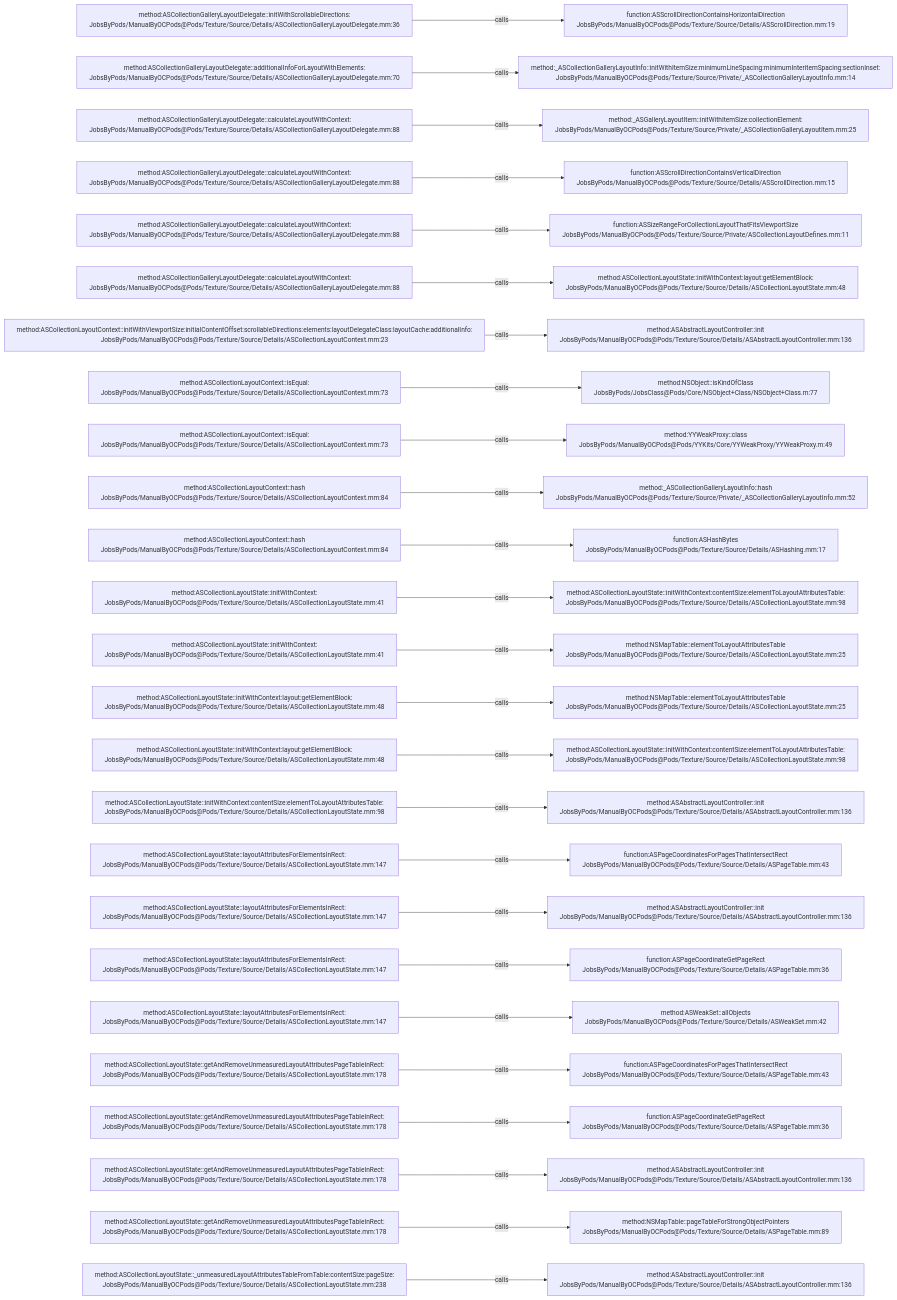
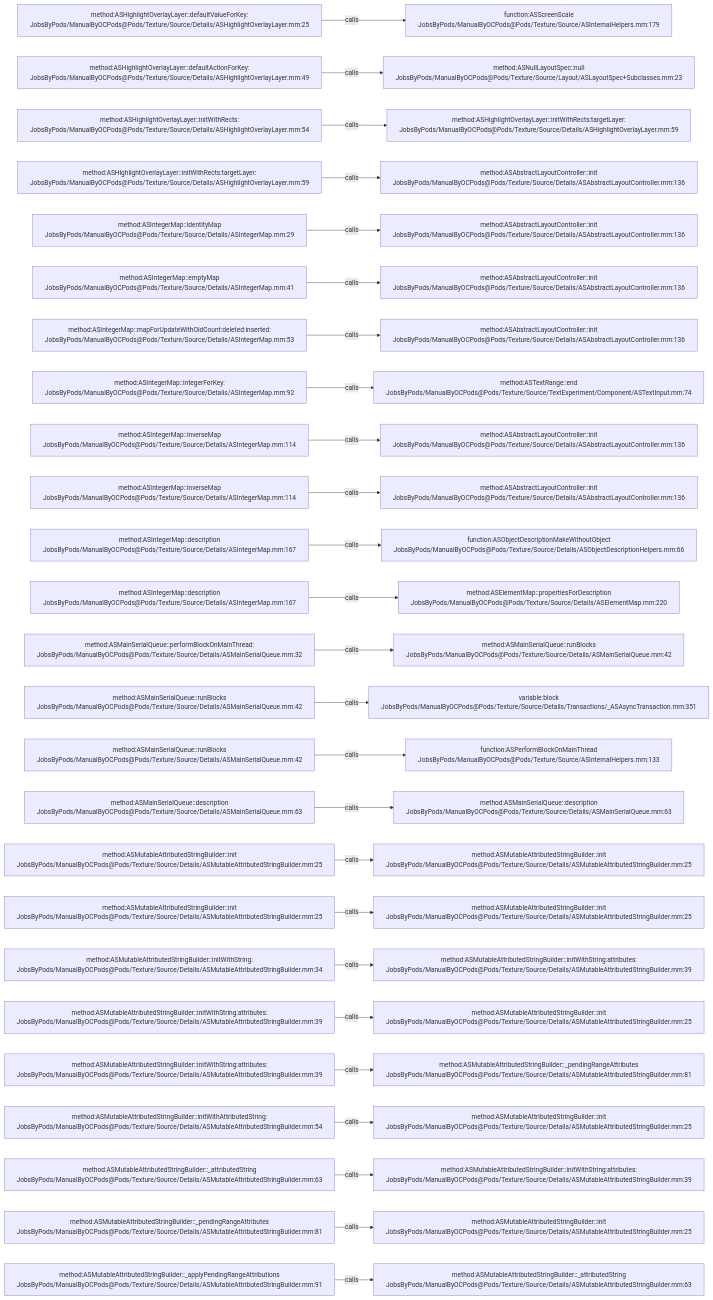
One commit to JobsKits/JobsOCBaseConfigDemo changed the diagram in .codegraph/codegraph.md/graphs/calls-160.md. Above: the diagram before and after it, drawn with Mermaid. The commit also changed 1223 other files, not shown here.

````diff
--- a/.codegraph/codegraph.md/graphs/calls-160.md
+++ b/.codegraph/codegraph.md/graphs/calls-160.md
@@ -13,78 +13,78 @@
 ```mermaid
 flowchart LR
-  S1["method:ASCollectionGalleryLayoutDelegate::initWithScrollableDirections:<br/>JobsByPods/ManualByOCPods@Pods/Texture/Source/Details/ASCollectionGalleryLayoutDelegate.mm:36"]
-  T1["function:ASScrollDirectionContainsHorizontalDirection<br/>JobsByPods/ManualByOCPods@Pods/Texture/Source/Details/ASScrollDirection.mm:19"]
+  S1["method:ASHighlightOverlayLayer::defaultValueForKey:<br/>JobsByPods/ManualByOCPods@Pods/Texture/Source/Details/ASHighlightOverlayLayer.mm:25"]
+  T1["function:ASScreenScale<br/>JobsByPods/ManualByOCPods@Pods/Texture/Source/ASInternalHelpers.mm:179"]
   S1 -->|calls| T1
-  S2["method:ASCollectionGalleryLayoutDelegate::additionalInfoForLayoutWithElements:<br/>JobsByPods/ManualByOCPods@Pods/Texture/Source/Details/ASCollectionGalleryLayoutDelegate.mm:70"]
-  T2["method:_ASCollectionGalleryLayoutInfo::initWithItemSize:minimumLineSpacing:minimumInteritemSpacing:sectionInset:<br/>JobsByPods/ManualByOCPods@Pods/Texture/Source/Private/_ASCollectionGalleryLayoutInfo.mm:14"]
+  S2["method:ASHighlightOverlayLayer::defaultActionForKey:<br/>JobsByPods/ManualByOCPods@Pods/Texture/Source/Details/ASHighlightOverlayLayer.mm:49"]
+  T2["method:ASNullLayoutSpec::null<br/>JobsByPods/ManualByOCPods@Pods/Texture/Source/Layout/ASLayoutSpec+Subclasses.mm:23"]
   S2 -->|calls| T2
-  S3["method:ASCollectionGalleryLayoutDelegate::calculateLayoutWithContext:<br/>JobsByPods/ManualByOCPods@Pods/Texture/Source/Details/ASCollectionGalleryLayoutDelegate.mm:88"]
-  T3["method:_ASGalleryLayoutItem::initWithItemSize:collectionElement:<br/>JobsByPods/ManualByOCPods@Pods/Texture/Source/Private/_ASCollectionGalleryLayoutItem.mm:25"]
+  S3["method:ASHighlightOverlayLayer::initWithRects:<br/>JobsByPods/ManualByOCPods@Pods/Texture/Source/Details/ASHighlightOverlayLayer.mm:54"]
+  T3["method:ASHighlightOverlayLayer::initWithRects:targetLayer:<br/>JobsByPods/ManualByOCPods@Pods/Texture/Source/Details/ASHighlightOverlayLayer.mm:59"]
   S3 -->|calls| T3
-  S4["method:ASCollectionGalleryLayoutDelegate::calculateLayoutWithContext:<br/>JobsByPods/ManualByOCPods@Pods/Texture/Source/Details/ASCollectionGalleryLayoutDelegate.mm:88"]
-  T4["function:ASScrollDirectionContainsVerticalDirection<br/>JobsByPods/ManualByOCPods@Pods/Texture/Source/Details/ASScrollDirection.mm:15"]
+  S4["method:ASHighlightOverlayLayer::initWithRects:targetLayer:<br/>JobsByPods/ManualByOCPods@Pods/Texture/Source/Details/ASHighlightOverlayLayer.mm:59"]
+  T4["method:ASAbstractLayoutController::init<br/>JobsByPods/ManualByOCPods@Pods/Texture/Source/Details/ASAbstractLayoutController.mm:136"]
   S4 -->|calls| T4
-  S5["method:ASCollectionGalleryLayoutDelegate::calculateLayoutWithContext:<br/>JobsByPods/ManualByOCPods@Pods/Texture/Source/Details/ASCollectionGalleryLayoutDelegate.mm:88"]
-  T5["function:ASSizeRangeForCollectionLayoutThatFitsViewportSize<br/>JobsByPods/ManualByOCPods@Pods/Texture/Source/Private/ASCollectionLayoutDefines.mm:11"]
+  S5["method:ASIntegerMap::identityMap<br/>JobsByPods/ManualByOCPods@Pods/Texture/Source/Details/ASIntegerMap.mm:29"]
+  T5["method:ASAbstractLayoutController::init<br/>JobsByPods/ManualByOCPods@Pods/Texture/Source/Details/ASAbstractLayoutController.mm:136"]
   S5 -->|calls| T5
-  S6["method:ASCollectionGalleryLayoutDelegate::calculateLayoutWithContext:<br/>JobsByPods/ManualByOCPods@Pods/Texture/Source/Details/ASCollectionGalleryLayoutDelegate.mm:88"]
-  T6["method:ASCollectionLayoutState::initWithContext:layout:getElementBlock:<br/>JobsByPods/ManualByOCPods@Pods/Texture/Source/Details/ASCollectionLayoutState.mm:48"]
+  S6["method:ASIntegerMap::emptyMap<br/>JobsByPods/ManualByOCPods@Pods/Texture/Source/Details/ASIntegerMap.mm:41"]
+  T6["method:ASAbstractLayoutController::init<br/>JobsByPods/ManualByOCPods@Pods/Texture/Source/Details/ASAbstractLayoutController.mm:136"]
   S6 -->|calls| T6
-  S7["method:ASCollectionLayoutContext::initWithViewportSize:initialContentOffset:scrollableDirections:elements:layoutDelegateClass:layoutCache:additionalInfo:<br/>JobsByPods/ManualByOCPods@Pods/Texture/Source/Details/ASCollectionLayoutContext.mm:23"]
+  S7["method:ASIntegerMap::mapForUpdateWithOldCount:deleted:inserted:<br/>JobsByPods/ManualByOCPods@Pods/Texture/Source/Details/ASIntegerMap.mm:53"]
   T7["method:ASAbstractLayoutController::init<br/>JobsByPods/ManualByOCPods@Pods/Texture/Source/Details/ASAbstractLayoutController.mm:136"]
   S7 -->|calls| T7
-  S8["method:ASCollectionLayoutContext::isEqual:<br/>JobsByPods/ManualByOCPods@Pods/Texture/Source/Details/ASCollectionLayoutContext.mm:73"]
-  T8["method:NSObject::isKindOfClass<br/>JobsByPods/JobsClass@Pods/Core/NSObject+Class/NSObject+Class.m:77"]
+  S8["method:ASIntegerMap::integerForKey:<br/>JobsByPods/ManualByOCPods@Pods/Texture/Source/Details/ASIntegerMap.mm:92"]
+  T8["method:ASTextRange::end<br/>JobsByPods/ManualByOCPods@Pods/Texture/Source/TextExperiment/Component/ASTextInput.mm:74"]
   S8 -->|calls| T8
-  S9["method:ASCollectionLayoutContext::isEqual:<br/>JobsByPods/ManualByOCPods@Pods/Texture/Source/Details/ASCollectionLayoutContext.mm:73"]
-  T9["method:YYWeakProxy::class<br/>JobsByPods/ManualByOCPods@Pods/YYKits/Core/YYWeakProxy/YYWeakProxy.m:49"]
+  S9["method:ASIntegerMap::inverseMap<br/>JobsByPods/ManualByOCPods@Pods/Texture/Source/Details/ASIntegerMap.mm:114"]
+  T9["method:ASAbstractLayoutController::init<br/>JobsByPods/ManualByOCPods@Pods/Texture/Source/Details/ASAbstractLayoutController.mm:136"]
   S9 -->|calls| T9
-  S10["method:ASCollectionLayoutContext::hash<br/>JobsByPods/ManualByOCPods@Pods/Texture/Source/Details/ASCollectionLayoutContext.mm:84"]
-  T10["method:_ASCollectionGalleryLayoutInfo::hash<br/>JobsByPods/ManualByOCPods@Pods/Texture/Source/Private/_ASCollectionGalleryLayoutInfo.mm:52"]
+  S10["method:ASIntegerMap::inverseMap<br/>JobsByPods/ManualByOCPods@Pods/Texture/Source/Details/ASIntegerMap.mm:114"]
+  T10["method:ASAbstractLayoutController::init<br/>JobsByPods/ManualByOCPods@Pods/Texture/Source/Details/ASAbstractLayoutController.mm:136"]
   S10 -->|calls| T10
-  S11["method:ASCollectionLayoutContext::hash<br/>JobsByPods/ManualByOCPods@Pods/Texture/Source/Details/ASCollectionLayoutContext.mm:84"]
-  T11["function:ASHashBytes<br/>JobsByPods/ManualByOCPods@Pods/Texture/Source/Details/ASHashing.mm:17"]
+  S11["method:ASIntegerMap::description<br/>JobsByPods/ManualByOCPods@Pods/Texture/Source/Details/ASIntegerMap.mm:167"]
+  T11["function:ASObjectDescriptionMakeWithoutObject<br/>JobsByPods/ManualByOCPods@Pods/Texture/Source/Details/ASObjectDescriptionHelpers.mm:66"]
   S11 -->|calls| T11
-  S12["method:ASCollectionLayoutState::initWithContext:<br/>JobsByPods/ManualByOCPods@Pods/Texture/Source/Details/ASCollectionLayoutState.mm:41"]
-  T12["method:ASCollectionLayoutState::initWithContext:contentSize:elementToLayoutAttributesTable:<br/>JobsByPods/ManualByOCPods@Pods/Texture/Source/Details/ASCollectionLayoutState.mm:98"]
+  S12["method:ASIntegerMap::description<br/>JobsByPods/ManualByOCPods@Pods/Texture/Source/Details/ASIntegerMap.mm:167"]
+  T12["method:ASElementMap::propertiesForDescription<br/>JobsByPods/ManualByOCPods@Pods/Texture/Source/Details/ASElementMap.mm:220"]
   S12 -->|calls| T12
-  S13["method:ASCollectionLayoutState::initWithContext:<br/>JobsByPods/ManualByOCPods@Pods/Texture/Source/Details/ASCollectionLayoutState.mm:41"]
-  T13["method:NSMapTable::elementToLayoutAttributesTable<br/>JobsByPods/ManualByOCPods@Pods/Texture/Source/Details/ASCollectionLayoutState.mm:25"]
+  S13["method:ASMainSerialQueue::performBlockOnMainThread:<br/>JobsByPods/ManualByOCPods@Pods/Texture/Source/Details/ASMainSerialQueue.mm:32"]
+  T13["method:ASMainSerialQueue::runBlocks<br/>JobsByPods/ManualByOCPods@Pods/Texture/Source/Details/ASMainSerialQueue.mm:42"]
   S13 -->|calls| T13
-  S14["method:ASCollectionLayoutState::initWithContext:layout:getElementBlock:<br/>JobsByPods/ManualByOCPods@Pods/Texture/Source/Details/ASCollectionLayoutState.mm:48"]
-  T14["method:NSMapTable::elementToLayoutAttributesTable<br/>JobsByPods/ManualByOCPods@Pods/Texture/Source/Details/ASCollectionLayoutState.mm:25"]
+  S14["method:ASMainSerialQueue::runBlocks<br/>JobsByPods/ManualByOCPods@Pods/Texture/Source/Details/ASMainSerialQueue.mm:42"]
+  T14["variable:block<br/>JobsByPods/ManualByOCPods@Pods/Texture/Source/Details/Transactions/_ASAsyncTransaction.mm:351"]
   S14 -->|calls| T14
-  S15["method:ASCollectionLayoutState::initWithContext:layout:getElementBlock:<br/>JobsByPods/ManualByOCPods@Pods/Texture/Source/Details/ASCollectionLayoutState.mm:48"]
-  T15["method:ASCollectionLayoutState::initWithContext:contentSize:elementToLayoutAttributesTable:<br/>JobsByPods/ManualByOCPods@Pods/Texture/Source/Details/ASCollectionLayoutState.mm:98"]
+  S15["method:ASMainSerialQueue::runBlocks<br/>JobsByPods/ManualByOCPods@Pods/Texture/Source/Details/ASMainSerialQueue.mm:42"]
+  T15["function:ASPerformBlockOnMainThread<br/>JobsByPods/ManualByOCPods@Pods/Texture/Source/ASInternalHelpers.mm:133"]
   S15 -->|calls| T15
-  S16["method:ASCollectionLayoutState::initWithContext:contentSize:elementToLayoutAttributesTable:<br/>JobsByPods/ManualByOCPods@Pods/Texture/Source/Details/ASCollectionLayoutState.mm:98"]
-  T16["method:ASAbstractLayoutController::init<br/>JobsByPods/ManualByOCPods@Pods/Texture/Source/Details/ASAbstractLayoutController.mm:136"]
+  S16["method:ASMainSerialQueue::description<br/>JobsByPods/ManualByOCPods@Pods/Texture/Source/Details/ASMainSerialQueue.mm:63"]
+  T16["method:ASMainSerialQueue::description<br/>JobsByPods/ManualByOCPods@Pods/Texture/Source/Details/ASMainSerialQueue.mm:63"]
   S16 -->|calls| T16
-  S17["method:ASCollectionLayoutState::layoutAttributesForElementsInRect:<br/>JobsByPods/ManualByOCPods@Pods/Texture/Source/Details/ASCollectionLayoutState.mm:147"]
-  T17["function:ASPageCoordinatesForPagesThatIntersectRect<br/>JobsByPods/ManualByOCPods@Pods/Texture/Source/Details/ASPageTable.mm:43"]
+  S17["method:ASMutableAttributedStringBuilder::init<br/>JobsByPods/ManualByOCPods@Pods/Texture/Source/Details/ASMutableAttributedStringBuilder.mm:25"]
+  T17["method:ASMutableAttributedStringBuilder::init<br/>JobsByPods/ManualByOCPods@Pods/Texture/Source/Details/ASMutableAttributedStringBuilder.mm:25"]
   S17 -->|calls| T17
-  S18["method:ASCollectionLayoutState::layoutAttributesForElementsInRect:<br/>JobsByPods/ManualByOCPods@Pods/Texture/Source/Details/ASCollectionLayoutState.mm:147"]
-  T18["method:ASAbstractLayoutController::init<br/>JobsByPods/ManualByOCPods@Pods/Texture/Source/Details/ASAbstractLayoutController.mm:136"]
+  S18["method:ASMutableAttributedStringBuilder::init<br/>JobsByPods/ManualByOCPods@Pods/Texture/Source/Details/ASMutableAttributedStringBuilder.mm:25"]
+  T18["method:ASMutableAttributedStringBuilder::init<br/>JobsByPods/ManualByOCPods@Pods/Texture/Source/Details/ASMutableAttributedStringBuilder.mm:25"]
   S18 -->|calls| T18
-  S19["method:ASCollectionLayoutState::layoutAttributesForElementsInRect:<br/>JobsByPods/ManualByOCPods@Pods/Texture/Source/Details/ASCollectionLayoutState.mm:147"]
-  T19["function:ASPageCoordinateGetPageRect<br/>JobsByPods/ManualByOCPods@Pods/Texture/Source/Details/ASPageTable.mm:36"]
+  S19["method:ASMutableAttributedStringBuilder::initWithString:<br/>JobsByPods/ManualByOCPods@Pods/Texture/Source/Details/ASMutableAttributedStringBuilder.mm:34"]
+  T19["method:ASMutableAttributedStringBuilder::initWithString:attributes:<br/>JobsByPods/ManualByOCPods@Pods/Texture/Source/Details/ASMutableAttributedStringBuilder.mm:39"]
   S19 -->|calls| T19
-  S20["method:ASCollectionLayoutState::layoutAttributesForElementsInRect:<br/>JobsByPods/ManualByOCPods@Pods/Texture/Source/Details/ASCollectionLayoutState.mm:147"]
-  T20["method:ASWeakSet::allObjects<br/>JobsByPods/ManualByOCPods@Pods/Texture/Source/Details/ASWeakSet.mm:42"]
+  S20["method:ASMutableAttributedStringBuilder::initWithString:attributes:<br/>JobsByPods/ManualByOCPods@Pods/Texture/Source/Details/ASMutableAttributedStringBuilder.mm:39"]
+  T20["method:ASMutableAttributedStringBuilder::init<br/>JobsByPods/ManualByOCPods@Pods/Texture/Source/Details/ASMutableAttributedStringBuilder.mm:25"]
   S20 -->|calls| T20
-  S21["method:ASCollectionLayoutState::getAndRemoveUnmeasuredLayoutAttributesPageTableInRect:<br/>JobsByPods/ManualByOCPods@Pods/Texture/Source/Details/ASCollectionLayoutState.mm:178"]
-  T21["function:ASPageCoordinatesForPagesThatIntersectRect<br/>JobsByPods/ManualByOCPods@Pods/Texture/Source/Details/ASPageTable.mm:43"]
+  S21["method:ASMutableAttributedStringBuilder::initWithString:attributes:<br/>JobsByPods/ManualByOCPods@Pods/Texture/Source/Details/ASMutableAttributedStringBuilder.mm:39"]
+  T21["method:ASMutableAttributedStringBuilder::_pendingRangeAttributes<br/>JobsByPods/ManualByOCPods@Pods/Texture/Source/Details/ASMutableAttributedStringBuilder.mm:81"]
   S21 -->|calls| T21
-  S22["method:ASCollectionLayoutState::getAndRemoveUnmeasuredLayoutAttributesPageTableInRect:<br/>JobsByPods/ManualByOCPods@Pods/Texture/Source/Details/ASCollectionLayoutState.mm:178"]
-  T22["function:ASPageCoordinateGetPageRect<br/>JobsByPods/ManualByOCPods@Pods/Texture/Source/Details/ASPageTable.mm:36"]
+  S22["method:ASMutableAttributedStringBuilder::initWithAttributedString:<br/>JobsByPods/ManualByOCPods@Pods/Texture/Source/Details/ASMutableAttributedStringBuilder.mm:54"]
+  T22["method:ASMutableAttributedStringBuilder::init<br/>JobsByPods/ManualByOCPods@Pods/Texture/Source/Details/ASMutableAttributedStringBuilder.mm:25"]
   S22 -->|calls| T22
-  S23["method:ASCollectionLayoutState::getAndRemoveUnmeasuredLayoutAttributesPageTableInRect:<br/>JobsByPods/ManualByOCPods@Pods/Texture/Source/Details/ASCollectionLayoutState.mm:178"]
-  T23["method:ASAbstractLayoutController::init<br/>JobsByPods/ManualByOCPods@Pods/Texture/Source/Details/ASAbstractLayoutController.mm:136"]
+  S23["method:ASMutableAttributedStringBuilder::_attributedString<br/>JobsByPods/ManualByOCPods@Pods/Texture/Source/Details/ASMutableAttributedStringBuilder.mm:63"]
+  T23["method:ASMutableAttributedStringBuilder::initWithString:attributes:<br/>JobsByPods/ManualByOCPods@Pods/Texture/Source/Details/ASMutableAttributedStringBuilder.mm:39"]
   S23 -->|calls| T23
-  S24["method:ASCollectionLayoutState::getAndRemoveUnmeasuredLayoutAttributesPageTableInRect:<br/>JobsByPods/ManualByOCPods@Pods/Texture/Source/Details/ASCollectionLayoutState.mm:178"]
-  T24["method:NSMapTable::pageTableForStrongObjectPointers<br/>JobsByPods/ManualByOCPods@Pods/Texture/Source/Details/ASPageTable.mm:89"]
+  S24["method:ASMutableAttributedStringBuilder::_pendingRangeAttributes<br/>JobsByPods/ManualByOCPods@Pods/Texture/Source/Details/ASMutableAttributedStringBuilder.mm:81"]
+  T24["method:ASMutableAttributedStringBuilder::init<br/>JobsByPods/ManualByOCPods@Pods/Texture/Source/Details/ASMutableAttributedStringBuilder.mm:25"]
   S24 -->|calls| T24
-  S25["method:ASCollectionLayoutState::_unmeasuredLayoutAttributesTableFromTable:contentSize:pageSize:<br/>JobsByPods/ManualByOCPods@Pods/Texture/Source/Details/ASCollectionLayoutState.mm:238"]
-  T25["method:ASAbstractLayoutController::init<br/>JobsByPods/ManualByOCPods@Pods/Texture/Source/Details/ASAbstractLayoutController.mm:136"]
+  S25["method:ASMutableAttributedStringBuilder::_applyPendingRangeAttributions<br/>JobsByPods/ManualByOCPods@Pods/Texture/Source/Details/ASMutableAttributedStringBuilder.mm:91"]
+  T25["method:ASMutableAttributedStringBuilder::_attributedString<br/>JobsByPods/ManualByOCPods@Pods/Texture/Source/Details/ASMutableAttributedStringBuilder.mm:63"]
   S25 -->|calls| T25
 ```
````
